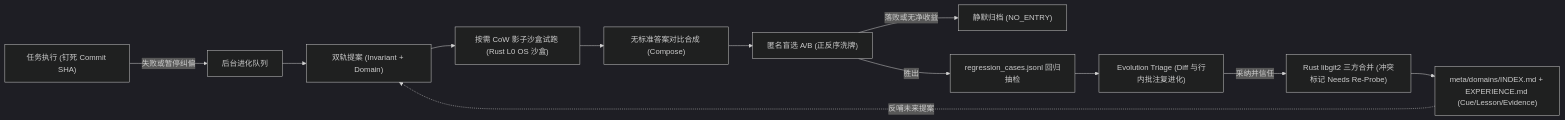
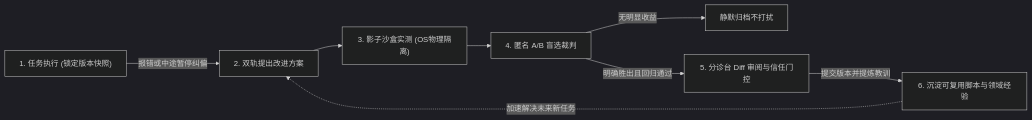
The diagram in README.zh-CN.md (wsyh4567/harnex), drawn with Mermaid (dark theme) before and after one commit. The commit also changed other lines of this file and 2 other files, not shown here.

````diff
--- a/README.zh-CN.md
+++ b/README.zh-CN.md
@@ -113,14 +106,10 @@
 ```mermaid
 flowchart LR
-    RUN["任务执行 (钉死 Commit SHA)"] -->|"失败或暂停纠偏"| Q["后台进化队列"]
-    Q --> PROP["双轨提案 (Invariant + Domain)"]
-    PROP --> COW["按需 CoW 影子沙盒试跑 (Rust L0 OS 沙盒)"]
-    COW --> COMP["无标准答案对比合成 (Compose)"]
-    COMP --> JUDGE["匿名盲选 A/B (正反序洗牌)"]
-    JUDGE -->|"落败或无净收益"| ARCH["静默归档 (NO_ENTRY)"]
-    JUDGE -->|"胜出"| REG["regression_cases.jsonl 回归抽检"]
-    REG --> TRI["Evolution Triage (Diff 与行内批注复进化)"]
-    TRI -->|"采纳并信任"| MERGE["Rust libgit2 三方合并 (冲突标记 Needs Re-Probe)"]
-    MERGE --> LIB["meta/domains/INDEX.md + EXPERIENCE.md (Cue/Lesson/Evidence)"]
-    LIB -.->|"反哺未来提案"| PROP
+    RUN["1. 任务执行 (锁定版本快照)"] -->|"报错或中途暂停纠偏"| PROP["2. 双轨提出改进方案"]
+    PROP --> PROBE["3. 影子沙盒实测 (OS物理隔离)"]
+    PROBE --> JUDGE["4. 匿名 A/B 盲选裁判"]
+    JUDGE -->|"无明显收益"| DROP["静默归档不打扰"]
+    JUDGE -->|"明确胜出且回归通过"| TRIAGE["5. 分诊台 Diff 审阅与信任门控"]
+    TRIAGE -->|"提交版本并提炼教训"| LIB["6. 沉淀可复用脚本与领域经验"]
+    LIB -.->|"加速解决未来新任务"| PROP
 ```
````
